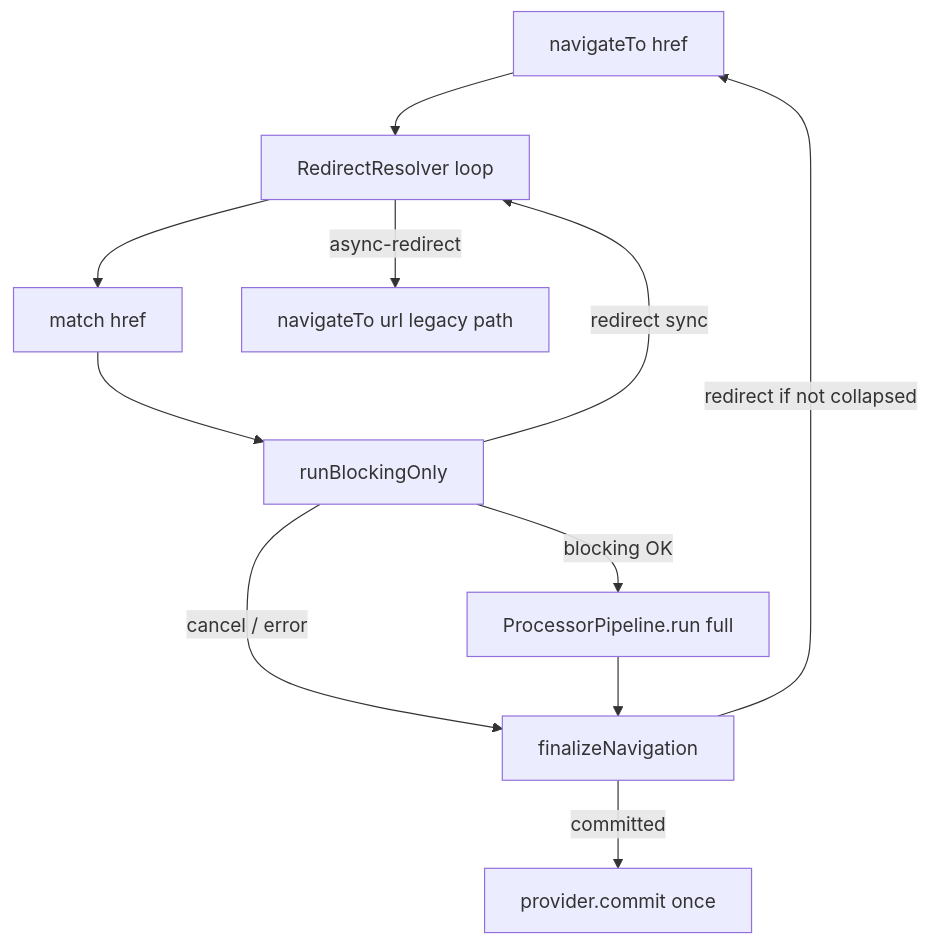
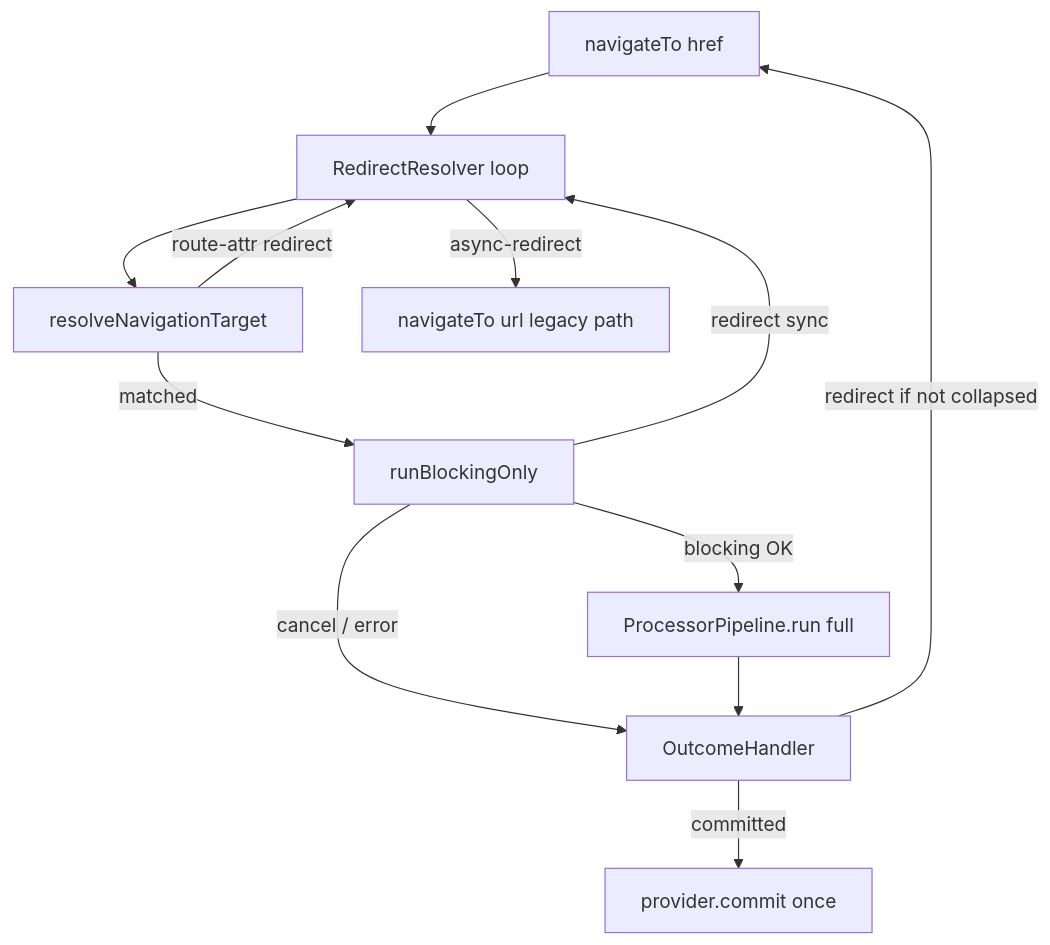
One commit to aura-ui/router changed the diagram in docs/todo/REDIRECT_CHAIN_COLLAPSE.md. Above: the diagram before and after it, drawn with Mermaid. The commit also changed other lines of this file and 7 other files, not shown here.

````diff
--- a/docs/todo/REDIRECT_CHAIN_COLLAPSE.md
+++ b/docs/todo/REDIRECT_CHAIN_COLLAPSE.md
@@ -222,13 +351,14 @@
 ```mermaid
 flowchart TD
   NT[navigateTo href] --> RS[RedirectResolver loop]
-  RS --> M[match href]
-  M --> BO[runBlockingOnly]
+  RS --> M[resolveNavigationTarget]
+  M -->|route-attr redirect| RS
+  M -->|matched| BO[runBlockingOnly]
   BO -->|redirect sync| RS
-  BO -->|cancel / error| FIN[finalizeNavigation]
+  BO -->|cancel / error| FIN[OutcomeHandler]
   BO -->|blocking OK| FULL[ProcessorPipeline.run full]
   RS -->|async-redirect| NT2[navigateTo url legacy path]
   FULL --> FIN
   FIN -->|redirect if not collapsed| NT
   FIN -->|committed| COMMIT[provider.commit once]
 ```
````
